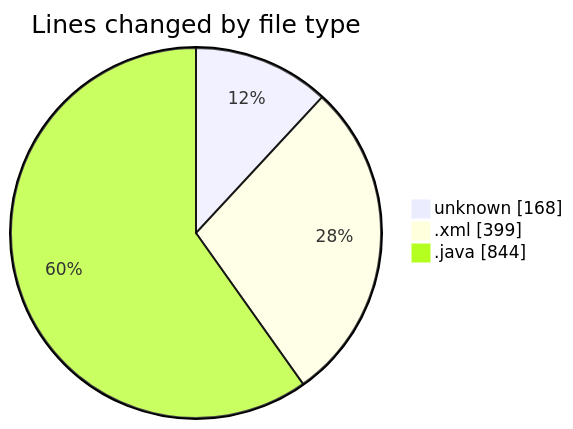
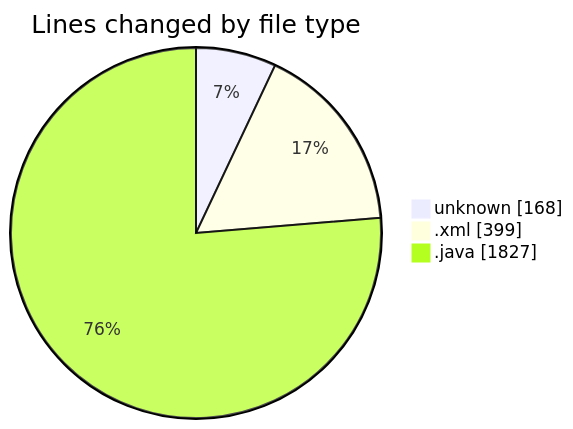
The first of 2 diagrams in 2025-02-24/micros/README.md (charlie-sans/code-tracking), drawn with Mermaid before and after one commit. The commit also changed other lines of this file and 1 other file, not shown here.

````diff
--- a/2025-02-24/micros/README.md
+++ b/2025-02-24/micros/README.md
@@ -23,7 +27,7 @@
 ```mermaid
 pie showData
 title Lines changed by file type
 "unknown" : 168
 ".xml" : 399
-".java" : 844
+".java" : 1827
 ```
````
